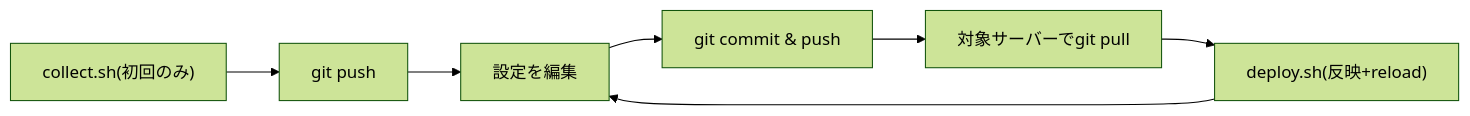
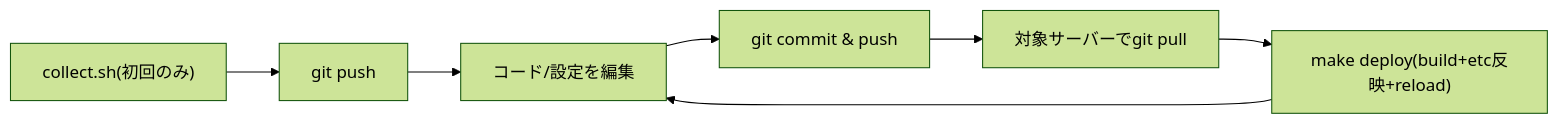
One commit to daisuzz/web changed the diagram in src/content/notes/isucon-etc-config-management.md. Above: the diagram before and after it, drawn with Mermaid (forest theme). The commit also changed other lines of this file, not shown here.

````diff
--- a/src/content/notes/isucon-etc-config-management.md
+++ b/src/content/notes/isucon-etc-config-management.md
@@ -109,9 +148,9 @@
 ```mermaid
 flowchart LR
     A["collect.sh(初回のみ)"] --> B[git push]
-    B --> C[設定を編集]
+    B --> C[コード/設定を編集]
     C --> D[git commit & push]
-    D --> E[対象サーバーでgit pull]
-    E --> F["deploy.sh(反映+reload)"]
+    D --> E["対象サーバーでgit pull"]
+    E --> F["make deploy(build+etc反映+reload)"]
     F --> C
 ```
````
